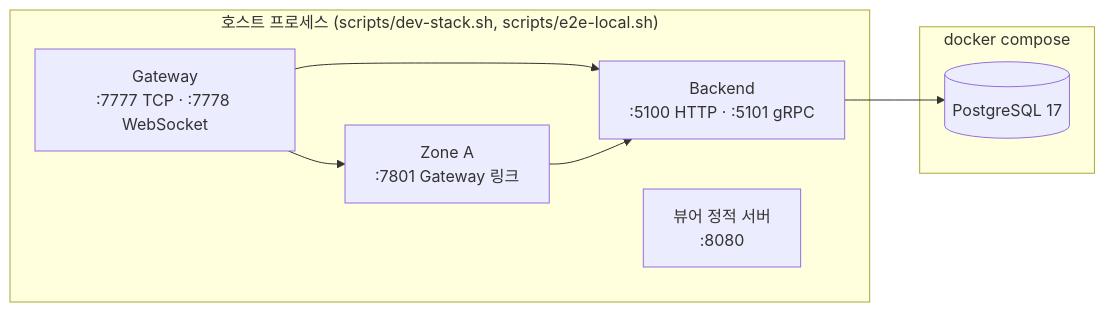
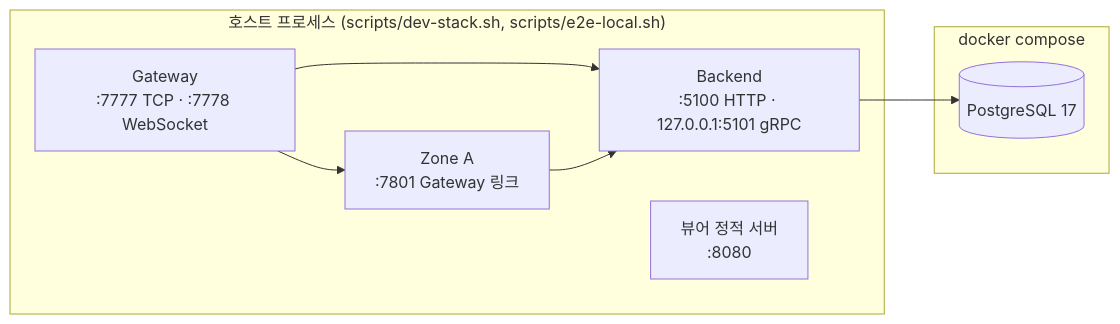
The ninth of 9 diagrams in README.md (hstar0124/sa-server), drawn with Mermaid before and after one commit. The commit also changed other lines of this file and 8 other files, not shown here.

````diff
--- a/README.md
+++ b/README.md
@@ -408,16 +411,16 @@
 ```mermaid
 flowchart LR
     subgraph compose["docker compose"]
         PG[("PostgreSQL 17")]
     end
     subgraph host["호스트 프로세스 (scripts/dev-stack.sh, scripts/e2e-local.sh)"]
-        BE["Backend<br/>:5100 HTTP · :5101 gRPC"]
+        BE["Backend<br/>:5100 HTTP · 127.0.0.1:5101 gRPC"]
         ZA["Zone A<br/>:7801 Gateway 링크"]
         GW["Gateway<br/>:7777 TCP · :7778 WebSocket"]
         VW["뷰어 정적 서버<br/>:8080"]
     end
     BE --> PG
     GW --> ZA
     GW --> BE
     ZA --> BE
 ```
````
